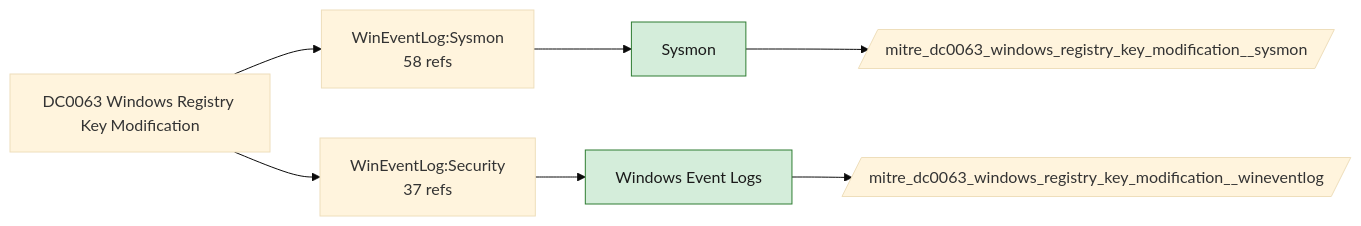
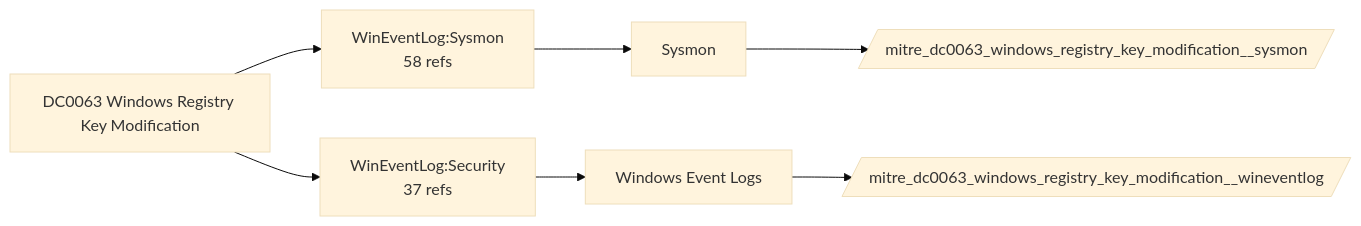
Before and after one commit to dev-nobytes-io/mitre-defensive-mappings-spl: the diagram in docs/data-components/DC0063-windows-registry-key-modification.md, drawn with Mermaid (base theme). The commit also changed other lines of this file and 366 other files, not shown here.

````diff
--- a/docs/data-components/DC0063-windows-registry-key-modification.md
+++ b/docs/data-components/DC0063-windows-registry-key-modification.md
@@ -19,16 +19,12 @@
 ```mermaid
 flowchart LR
   DC["DC0063 Windows Registry Key Modification"]
   DC --> LS0["WinEventLog:Sysmon<br/>58 refs"]
   F_sysmon["Sysmon"]
   LS0 --> F_sysmon
   DC --> LS1["WinEventLog:Security<br/>37 refs"]
   F_wineventlog["Windows Event Logs"]
   LS1 --> F_wineventlog
   F_sysmon --> ET_sysmon[/"mitre_dc0063_windows_registry_key_modification__sysmon"/]
-  class F_sysmon live
   F_wineventlog --> ET_wineventlog[/"mitre_dc0063_windows_registry_key_modification__wineventlog"/]
-  class F_wineventlog live
-  classDef live fill:#d4edda,stroke:#2e7d32,color:#1b1b1b
-  classDef ready fill:#fff3cd,stroke:#b26a00,color:#1b1b1b
 ```
````
